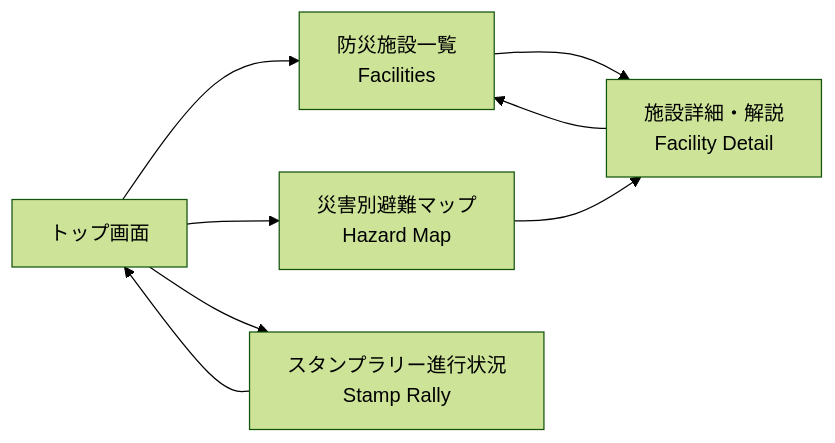
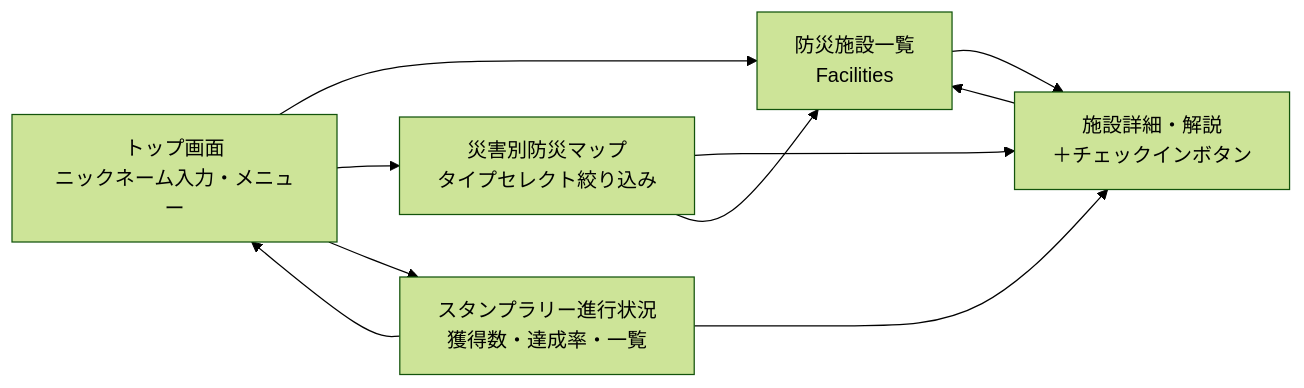
The first of 2 diagrams in README.md (PANTHER-1112/SWEXE-Team3), drawn with Mermaid (forest theme) before and after one commit. The commit also changed other lines of this file and 5 other files, not shown here.

````diff
--- a/README.md
+++ b/README.md
@@ -45,12 +51,14 @@
 ```mermaid
 flowchart LR
-  Top[トップ画面] --> Facilities[防災施設一覧<br/>Facilities]
-  Facilities --> FacilityDetail[施設詳細・解説<br/>Facility Detail]
+  Top["トップ画面<br/>ニックネーム入力・メニュー"] --> Facilities["防災施設一覧<br/>Facilities"]
+  Facilities --> FacilityDetail["施設詳細・解説<br/>＋チェックインボタン"]
   FacilityDetail --> Facilities
 
-  Top --> HazardMap[災害別避難マップ<br/>Hazard Map]
+  Top --> HazardMap["災害別防災マップ<br/>タイプセレクト絞り込み"]
   HazardMap --> FacilityDetail
+  HazardMap --> Facilities
 
-  Top --> Rally[スタンプラリー進行状況<br/>Stamp Rally]
+  Top --> Rally["スタンプラリー進行状況<br/>獲得数・達成率・一覧"]
+  Rally --> FacilityDetail
   Rally --> Top
 ```
````
